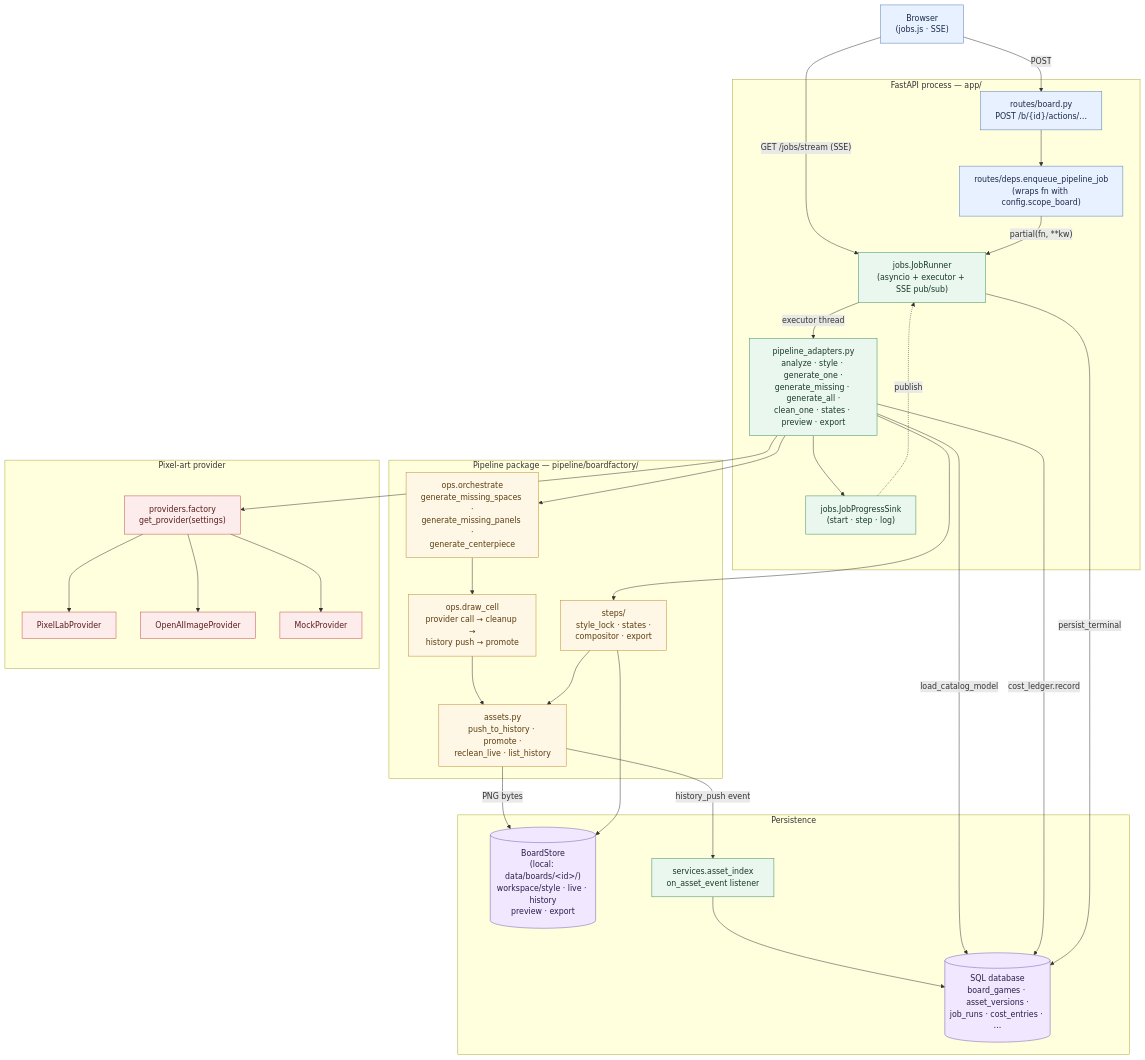
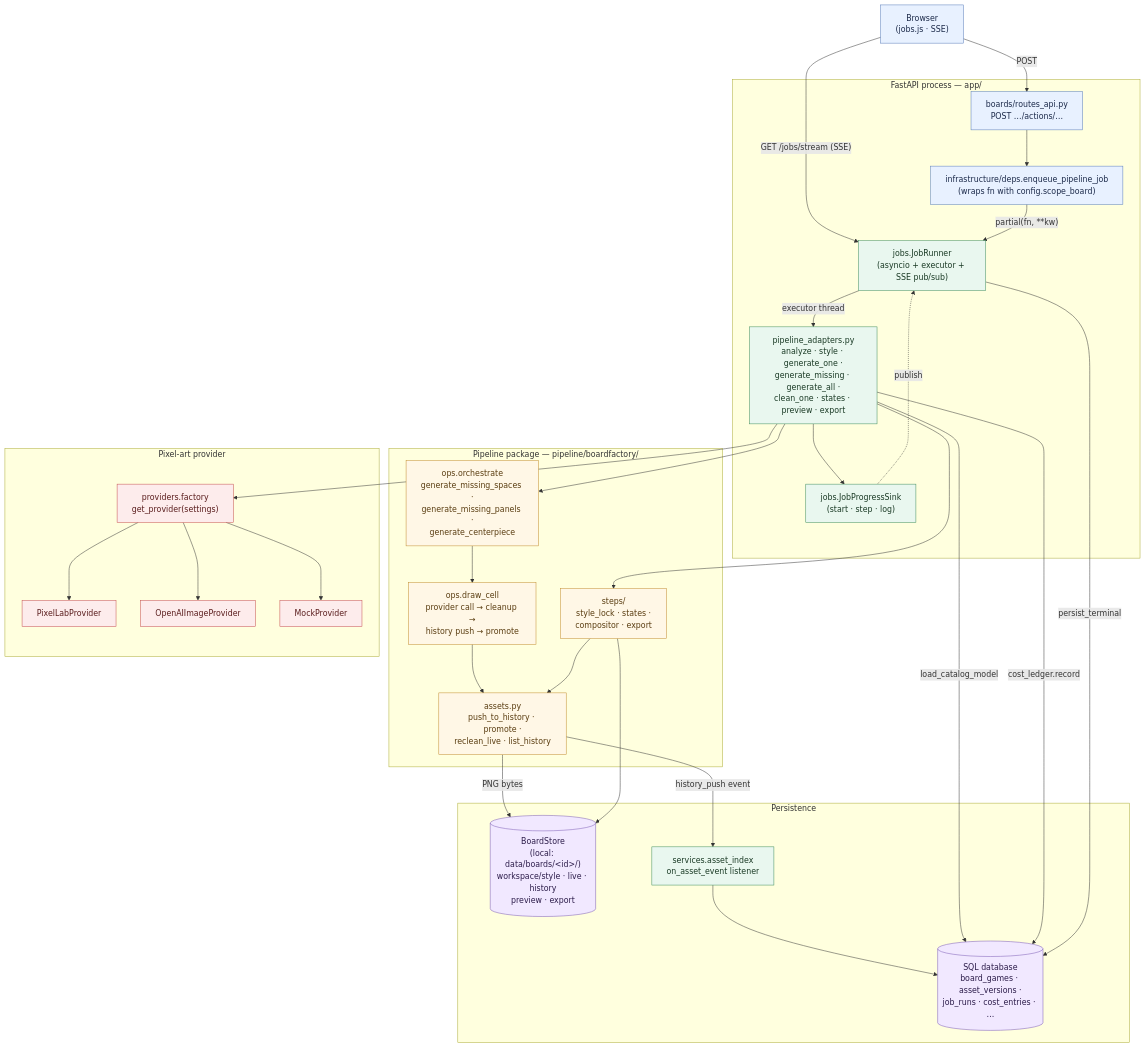
The diagram in docs/diagrams/pipeline.md (donnaloia/board-factory), drawn with Mermaid before and after one commit. The commit also changed other lines of this file and 373 other files, not shown here.

````diff
--- a/docs/diagrams/pipeline.md
+++ b/docs/diagrams/pipeline.md
@@ -8,62 +8,62 @@
 ```mermaid
 flowchart TB
   classDef http fill:#e8f1ff,stroke:#5479b8,color:#1c2a4a;
   classDef worker fill:#e9f7ef,stroke:#3a8a59,color:#1a3a25;
   classDef pipeline fill:#fff7e6,stroke:#c08a2c,color:#5a3d11;
   classDef provider fill:#fdecec,stroke:#c44b4b,color:#5a1d1d;
   classDef store fill:#f1e8ff,stroke:#7857b3,color:#2c1c4a;
 
   Browser["Browser<br/>(jobs.js · SSE)"]:::http
 
   subgraph Web["FastAPI process — app/"]
-    Route["routes/board.py<br/>POST /b/{id}/actions/…"]:::http
-    Deps["routes/deps.enqueue_pipeline_job<br/>(wraps fn with config.scope_board)"]:::http
+    Route["boards/routes_api.py<br/>POST …/actions/…"]:::http
+    Deps["infrastructure/deps.enqueue_pipeline_job<br/>(wraps fn with config.scope_board)"]:::http
     Adapter["pipeline_adapters.py<br/>analyze · style · generate_one ·<br/>generate_missing · generate_all ·<br/>clean_one · states · preview · export"]:::worker
     Runner["jobs.JobRunner<br/>(asyncio + executor + SSE pub/sub)"]:::worker
     Sink["jobs.JobProgressSink<br/>(start · step · log)"]:::worker
   end
 
   subgraph Pipeline["Pipeline package — pipeline/boardfactory/"]
     Orch["ops.orchestrate<br/>generate_missing_spaces ·<br/>generate_missing_panels ·<br/>generate_centerpiece"]:::pipeline
     Draw["ops.draw_cell<br/>provider call → cleanup →<br/>history push → promote"]:::pipeline
     Steps["steps/<br/>style_lock · states ·<br/>compositor · export"]:::pipeline
     Assets["assets.py<br/>push_to_history · promote ·<br/>reclean_live · list_history"]:::pipeline
   end
 
   subgraph Provider["Pixel-art provider"]
     PFactory["providers.factory<br/>get_provider(settings)"]:::provider
     PixelLab["PixelLabProvider"]:::provider
     OpenAI["OpenAIImageProvider"]:::provider
     Mock["MockProvider"]:::provider
   end
 
   subgraph Storage["Persistence"]
     DB[("SQL database<br/>board_games · asset_versions ·<br/>job_runs · cost_entries · …")]:::store
     Disk[("BoardStore<br/>(local: data/boards/&lt;id&gt;/)<br/>workspace/style · live · history<br/>preview · export")]:::store
     AssetIdx["services.asset_index<br/>on_asset_event listener"]:::worker
   end
 
   Browser -- "POST" --> Route
   Browser -- "GET /jobs/stream (SSE)" --> Runner
   Route --> Deps
   Deps -- "partial(fn, **kw)" --> Runner
   Runner -- "executor thread" --> Adapter
   Adapter --> Orch
   Adapter --> Steps
   Adapter --> PFactory
   PFactory --> PixelLab
   PFactory --> OpenAI
   PFactory --> Mock
   Orch --> Draw
   Draw --> Assets
   Steps --> Assets
   Adapter --> Sink
   Sink -. "publish" .-> Runner
   Assets -- "history_push event" --> AssetIdx
   AssetIdx --> DB
   Assets -- "PNG bytes" --> Disk
   Steps --> Disk
   Adapter -- "load_catalog_model" --> DB
   Adapter -- "cost_ledger.record" --> DB
   Runner -- "persist_terminal" --> DB
 ```
````
